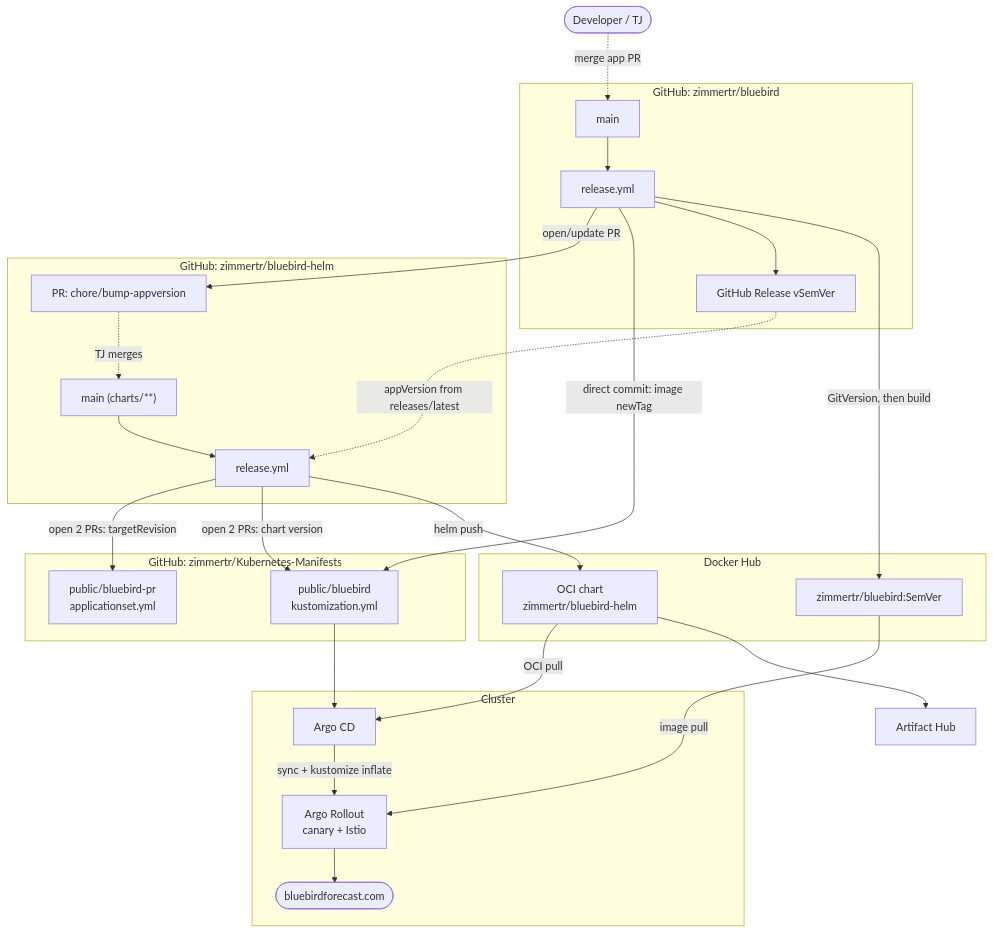
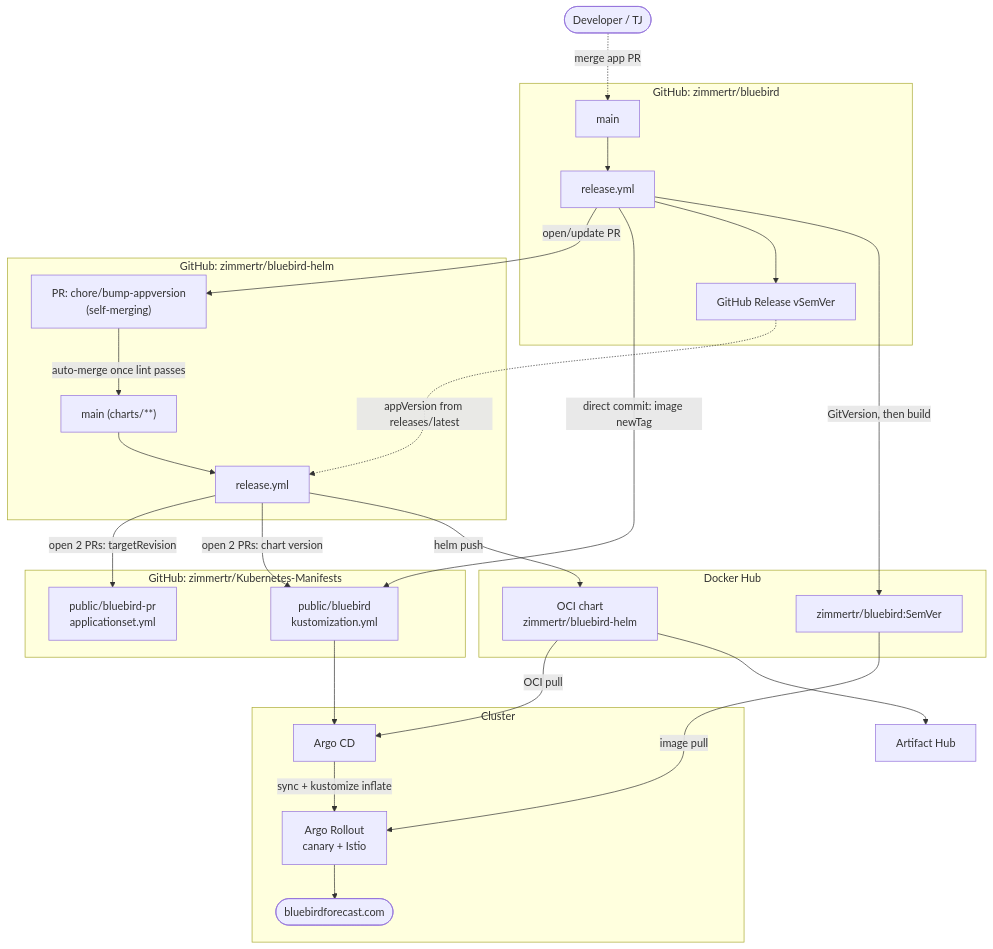
Before and after one commit to zimmertr/bluebird: the first of 4 diagrams in docs/CICD.md, drawn with Mermaid. The commit also changed other lines of this file and 1 other file, not shown here.

First line of the commit message:
ci: auto-merge the bluebird-helm appVersion bump PR

````diff
--- a/docs/CICD.md
+++ b/docs/CICD.md
@@ -30,55 +30,55 @@
 ```mermaid
 flowchart TD
     dev(["Developer / TJ"])
 
     subgraph BB["GitHub: zimmertr/bluebird"]
         bbMain["main"]
         bbRel["release.yml"]
         ghRelease["GitHub Release vSemVer"]
     end
 
     subgraph HELM["GitHub: zimmertr/bluebird-helm"]
-        helmPR["PR: chore/bump-appversion"]
+        helmPR["PR: chore/bump-appversion<br/>(self-merging)"]
         helmMain["main (charts/**)"]
         helmRel["release.yml"]
     end
 
     subgraph KM["GitHub: zimmertr/Kubernetes-Manifests"]
         kmStable["public/bluebird<br/>kustomization.yml"]
         kmPreview["public/bluebird-pr<br/>applicationset.yml"]
     end
 
     subgraph DH["Docker Hub"]
         dhImage["zimmertr/bluebird:SemVer"]
         dhChart["OCI chart<br/>zimmertr/bluebird-helm"]
     end
 
     ah["Artifact Hub"]
 
     subgraph CL["Cluster"]
         argocd["Argo CD"]
         rollout["Argo Rollout<br/>canary + Istio"]
         prod(["bluebirdforecast.com"])
     end
 
     dev -.->|merge app PR| bbMain
     bbMain --> bbRel
     bbRel -->|GitVersion, then build| dhImage
     bbRel --> ghRelease
     bbRel -->|direct commit: image newTag| kmStable
     bbRel -->|open/update PR| helmPR
 
-    helmPR -.->|TJ merges| helmMain
+    helmPR -->|auto-merge once lint passes| helmMain
     helmMain --> helmRel
     ghRelease -.->|appVersion from releases/latest| helmRel
     helmRel -->|helm push| dhChart
     dhChart --> ah
     helmRel -->|open 2 PRs: chart version| kmStable
     helmRel -->|open 2 PRs: targetRevision| kmPreview
 
     kmStable --> argocd
     dhChart -->|OCI pull| argocd
     argocd -->|sync + kustomize inflate| rollout
     dhImage -->|image pull| rollout
     rollout --> prod
 ```
````
